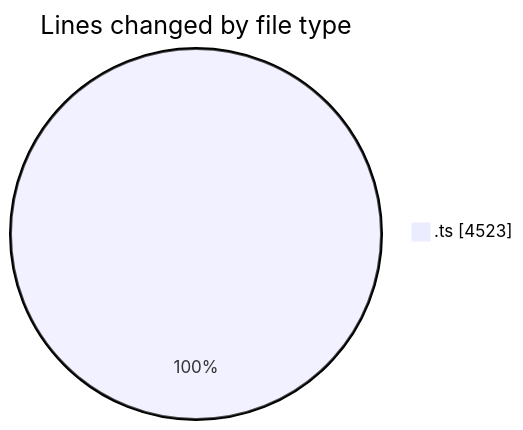
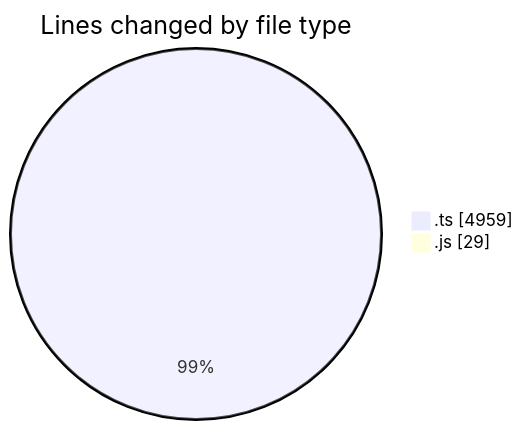
One commit to tmsrecording-cyber/code-tracking changed the first of 2 diagrams in 2026-02-04/singularitybrainai/README.md. Above: the diagram before and after it, drawn with Mermaid. The commit also changed other lines of this file and 1 other file, not shown here.

````diff
--- a/2026-02-04/singularitybrainai/README.md
+++ b/2026-02-04/singularitybrainai/README.md
@@ -24,5 +25,6 @@
 ```mermaid
 pie showData
 title Lines changed by file type
-".ts" : 4523
+".ts" : 4959
+".js" : 29
 ```
````
